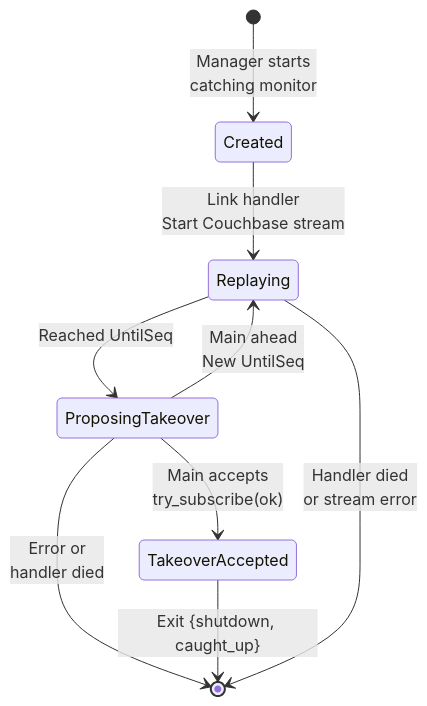
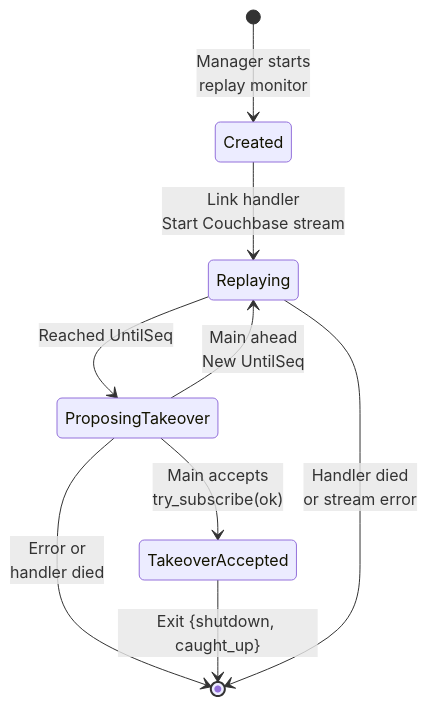
Before and after one commit to onedata/op-worker: the fourth of 4 diagrams in doc/design/files_monitoring/architecture.md, drawn with Mermaid. The commit also changed other lines of this file and 12 other files, not shown here.

Commit message:
VFS-12887 Rename catching monitor to replay monitor

````diff
--- a/doc/design/files_monitoring/architecture.md
+++ b/doc/design/files_monitoring/architecture.md
@@ -281,16 +281,16 @@
 ```mermaid
 stateDiagram-v2
-    [*] --> Created: Manager starts<br/>catching monitor
+    [*] --> Created: Manager starts<br/>replay monitor
     
     Created --> Replaying: Link handler<br/>Start Couchbase stream
     
     Replaying --> ProposingTakeover: Reached UntilSeq
     
     ProposingTakeover --> TakeoverAccepted: Main accepts<br/>try_subscribe(ok)
     ProposingTakeover --> Replaying: Main ahead<br/>New UntilSeq
     ProposingTakeover --> [*]: Error or<br/>handler died
     
     TakeoverAccepted --> [*]: Exit {shutdown, caught_up}
     
     Replaying --> [*]: Handler died<br/>or stream error
 ```
````
